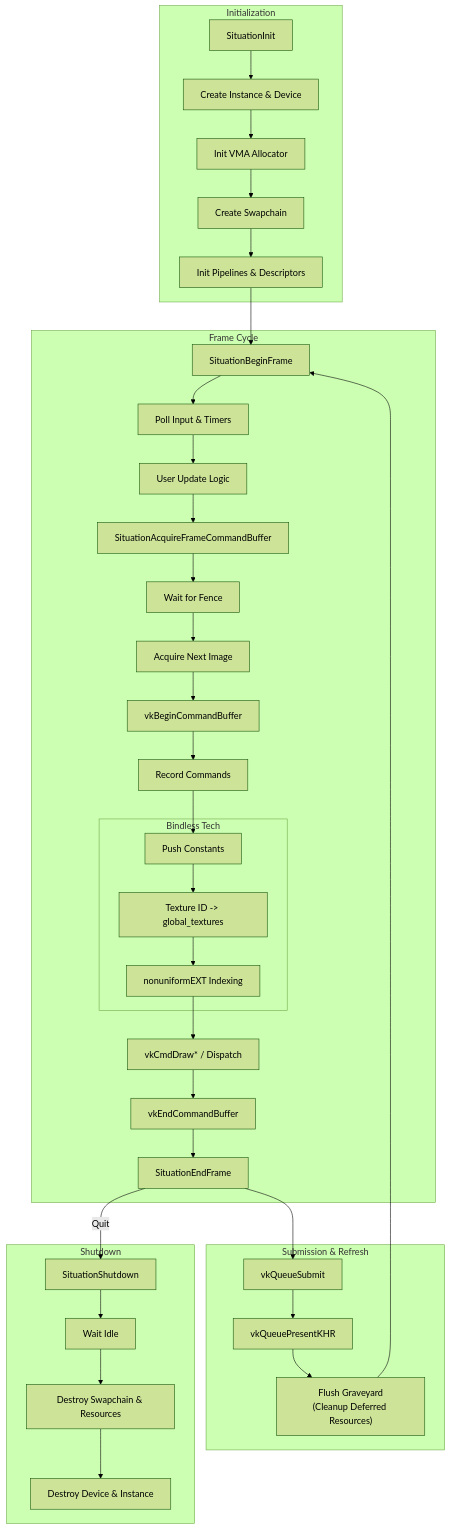
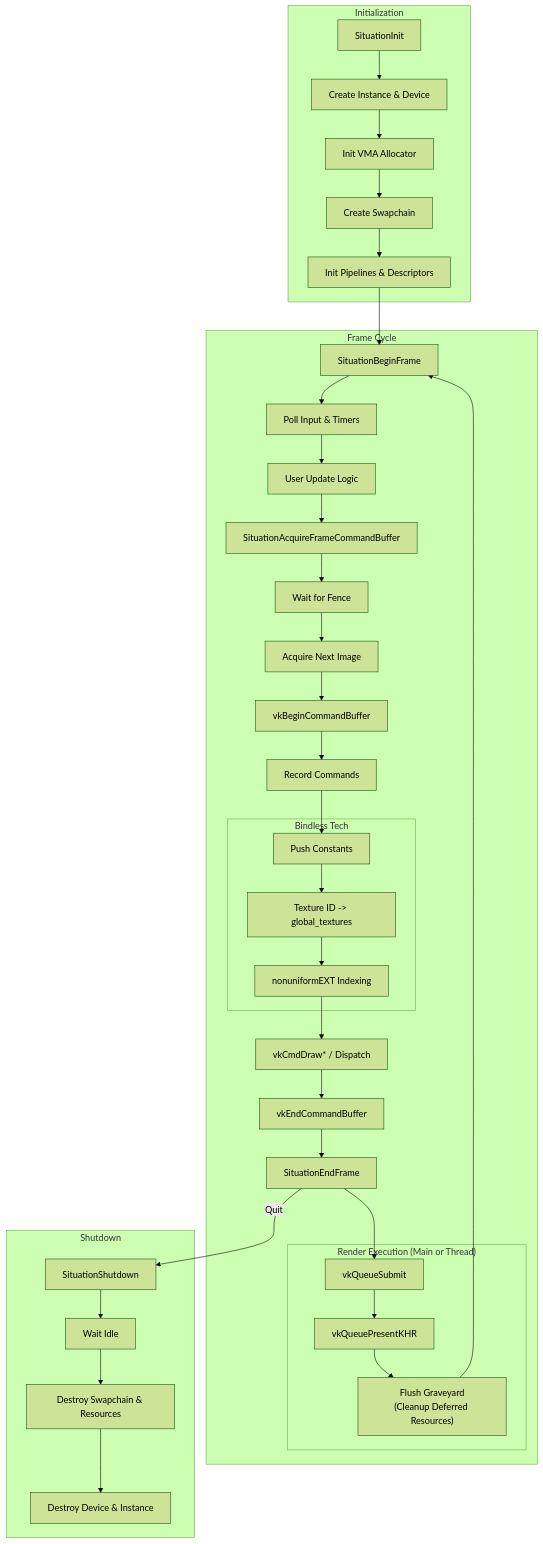
Before and after one commit to jmorel33/situation: the third of 3 diagrams in README.md, drawn with Mermaid (forest theme).

Commit message:
Update Vulkan Mermaid diagram structure in README.md
Moved the "Submission & Refresh" subgraph inside the "Frame Cycle" subgraph and renamed it to "Render Execution (Main or Thread)" to align with the OpenGL diagram structure and user feedback regarding render execution logic visualization.

````diff
--- a/README.md
+++ b/README.md
@@ -313,55 +313,55 @@
 ```mermaid
 graph TD
     subgraph Init ["Initialization"]
         I1["SituationInit"]
         I2["Create Instance & Device"]
         I3["Init VMA Allocator"]
         I4["Create Swapchain"]
         I5["Init Pipelines & Descriptors"]
     end
 
     subgraph Loop ["Frame Cycle"]
         L1["SituationBeginFrame"]
         L2["Poll Input & Timers"]
         L3["User Update Logic"]
         L4["SituationAcquireFrameCommandBuffer"]
         L4a["Wait for Fence"]
         L4b["Acquire Next Image"]
         L4c["vkBeginCommandBuffer"]
         L5["Record Commands"]
 
         subgraph Bindless ["Bindless Tech"]
             B1["Push Constants"]
             B2["Texture ID -> global_textures"]
             B3["nonuniformEXT Indexing"]
         end
 
         L6["vkCmdDraw* / Dispatch"]
         L7["vkEndCommandBuffer"]
         L8["SituationEndFrame"]
-    end
 
-    subgraph Submit ["Submission & Refresh"]
-        S1["vkQueueSubmit"]
-        S2["vkQueuePresentKHR"]
-        S3["Flush Graveyard<br/>(Cleanup Deferred Resources)"]
+        subgraph Render ["Render Execution (Main or Thread)"]
+            S1["vkQueueSubmit"]
+            S2["vkQueuePresentKHR"]
+            S3["Flush Graveyard<br/>(Cleanup Deferred Resources)"]
+        end
     end
 
     subgraph Exit ["Shutdown"]
         E1["SituationShutdown"]
         E2["Wait Idle"]
         E3["Destroy Swapchain & Resources"]
         E4["Destroy Device & Instance"]
     end
 
     %% Flow
     I1 --> I2 --> I3 --> I4 --> I5 --> L1
     L1 --> L2 --> L3 --> L4
     L4 --> L4a --> L4b --> L4c --> L5
     L5 --> B1 --> B2 --> B3 --> L6
     L6 --> L7 --> L8
     L8 --> S1 --> S2 --> S3
     S3 --> L1
     L8 -- "Quit" --> E1
     E1 --> E2 --> E3 --> E4
 ```
````
